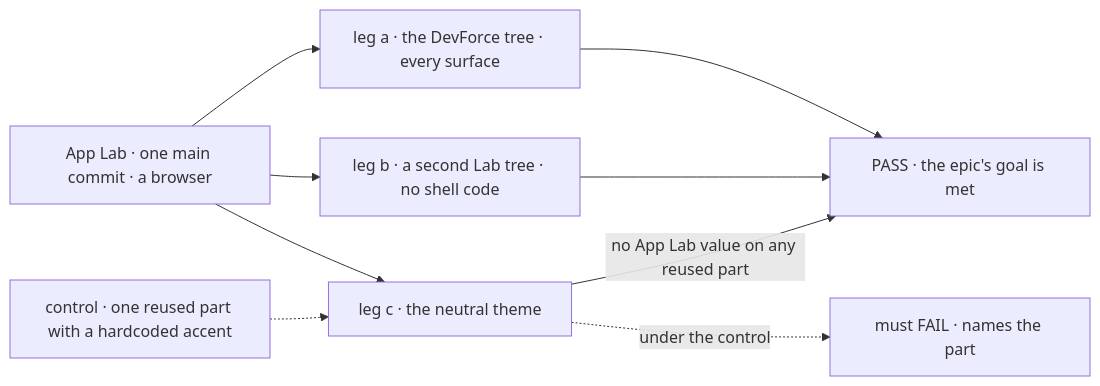
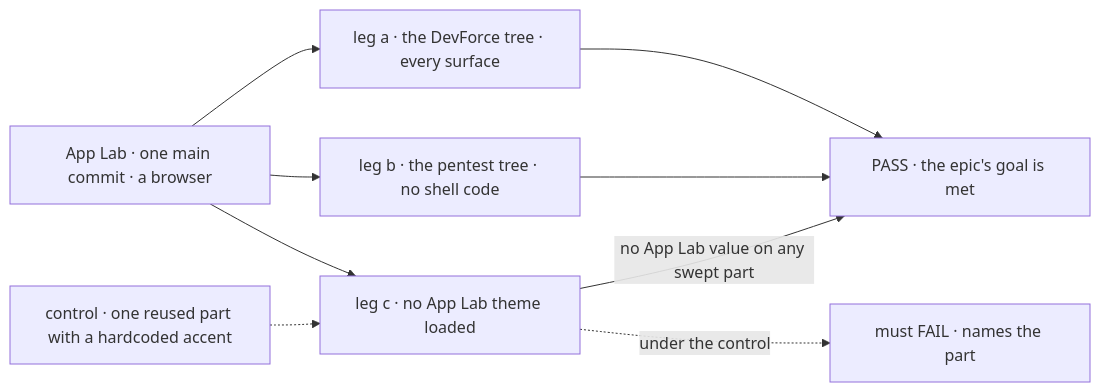
Before and after one commit to fixpoint-labs/flow-state-dev: the first of 2 diagrams in specs/epics/FIX-1649/SPEC.md, drawn with Mermaid. The commit also changed other lines of this file and 12 other files, not shown here.

First line of the commit message:
spec(epic): fold review round 1 into the App Lab shell epic (FIX-1649)

````diff
--- a/specs/epics/FIX-1649/SPEC.md
+++ b/specs/epics/FIX-1649/SPEC.md
@@ -38,11 +37,11 @@
 ```mermaid
 flowchart LR
   A["App Lab · one main commit · a browser"] --> L1["leg a · the DevForce tree · every surface"]
-  A --> L2["leg b · a second Lab tree · no shell code"]
-  A --> L3["leg c · the neutral theme"]
+  A --> L2["leg b · the pentest tree · no shell code"]
+  A --> L3["leg c · no App Lab theme loaded"]
   L1 --> P["PASS · the epic's goal is met"]
   L2 --> P
-  L3 -->|"no App Lab value on any reused part"| P
+  L3 -->|"no App Lab value on any swept part"| P
   C["control · one reused part with a hardcoded accent"] -.-> L3
   L3 -.->|"under the control"| F["must FAIL · names the part"]
 ```
````
